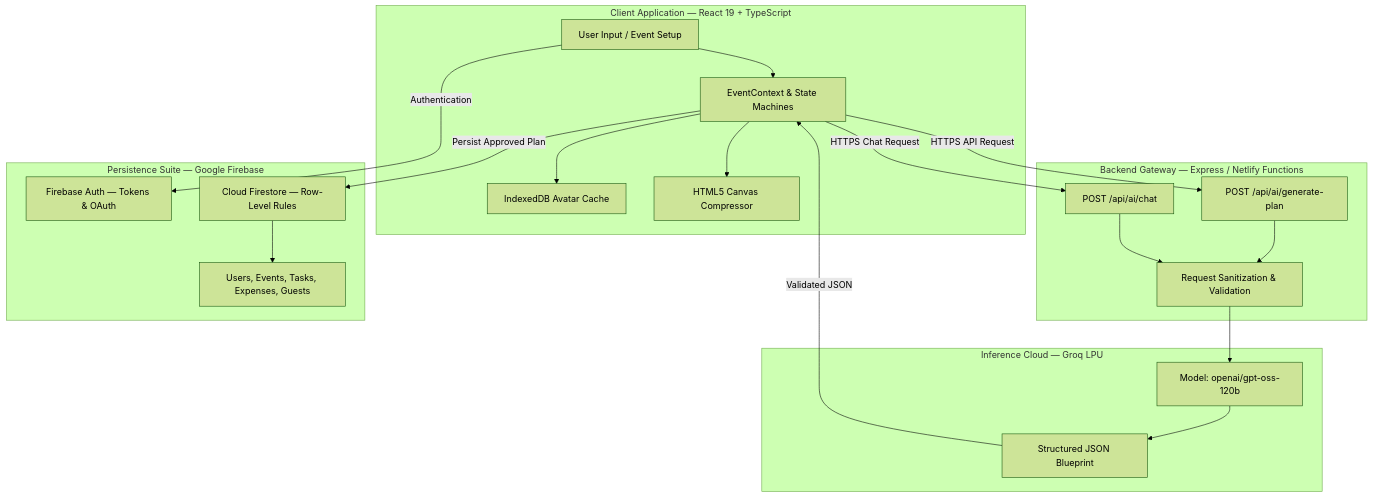
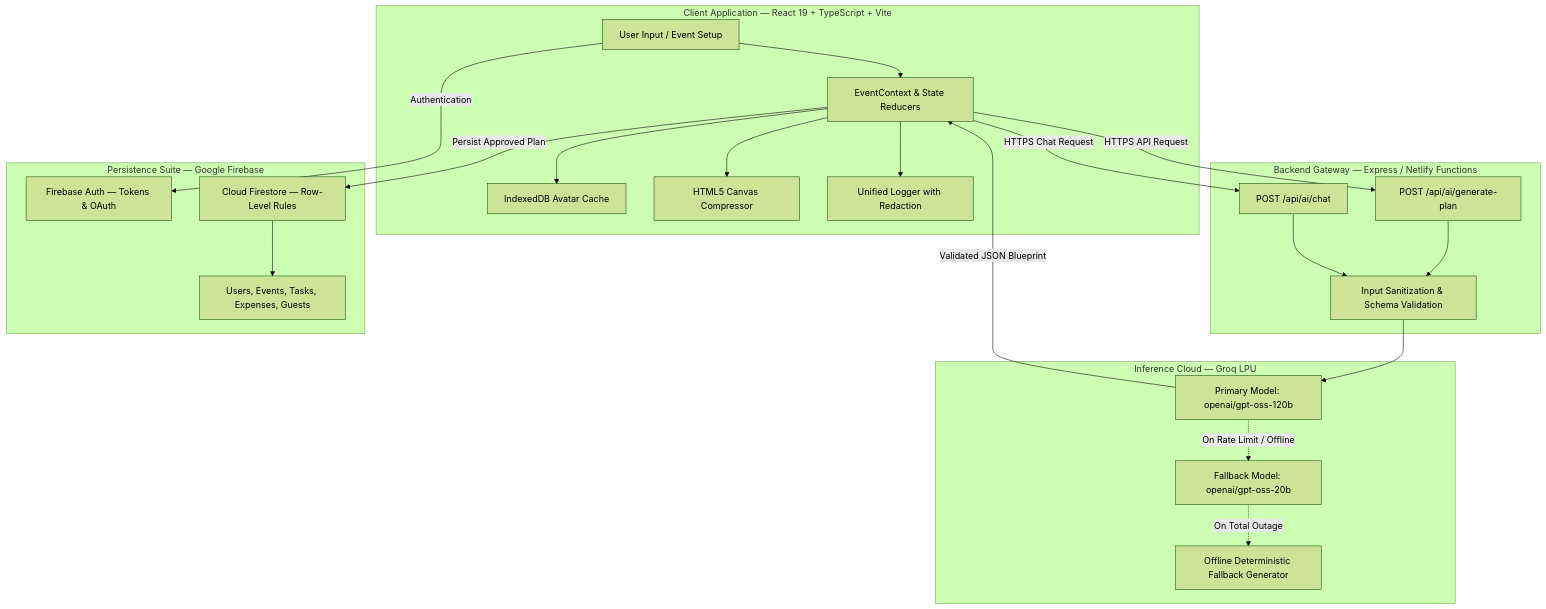
The diagram in README.md (Kanani-Shubham/CelebrAi), drawn with Mermaid (forest theme) before and after one commit. The commit also changed other lines of this file and 3 other files, not shown here.

````diff
--- a/README.md
+++ b/README.md
@@ -418,36 +441,39 @@
 ```mermaid
 flowchart TD
-    subgraph Client [Client Application — React 19 + TypeScript]
-        A[User Input / Event Setup] --> B[EventContext & State Machines]
+    subgraph Client [Client Application — React 19 + TypeScript + Vite]
+        A[User Input / Event Setup] --> B[EventContext & State Reducers]
         B --> C[IndexedDB Avatar Cache]
         B --> D[HTML5 Canvas Compressor]
+        B --> E[Unified Logger with Redaction]
     end
 
     subgraph Server [Backend Gateway — Express / Netlify Functions]
-        E[POST /api/ai/generate-plan]
-        F[POST /api/ai/chat]
-        G[Request Sanitization & Validation]
+        F[POST /api/ai/generate-plan]
+        G[POST /api/ai/chat]
+        H[Input Sanitization & Schema Validation]
     end
 
     subgraph AI [Inference Cloud — Groq LPU]
-        H[Model: openai/gpt-oss-120b]
-        I[Structured JSON Blueprint]
+        I[Primary Model: openai/gpt-oss-120b]
+        J[Fallback Model: openai/gpt-oss-20b]
+        K[Offline Deterministic Fallback Generator]
     end
 
     subgraph Database [Persistence Suite — Google Firebase]
-        J[Firebase Auth — Tokens & OAuth]
-        K[Cloud Firestore — Row-Level Rules]
-        L[Users, Events, Tasks, Expenses, Guests]
+        L[Firebase Auth — Tokens & OAuth]
+        M[Cloud Firestore — Row-Level Rules]
+        N[Users, Events, Tasks, Expenses, Guests]
     end
 
-    B -->|HTTPS API Request| E
-    B -->|HTTPS Chat Request| F
-    E --> G
-    F --> G
+    B -->|HTTPS API Request| F
+    B -->|HTTPS Chat Request| G
+    F --> H
     G --> H
     H --> I
-    I -->|Validated JSON| B
-    B -->|Persist Approved Plan| K
-    K --> L
-    A -->|Authentication| J
+    I -.->|On Rate Limit / Offline| J
+    J -.->|On Total Outage| K
+    I -->|Validated JSON Blueprint| B
+    B -->|Persist Approved Plan| M
+    M --> N
+    A -->|Authentication| L
 ```
````
